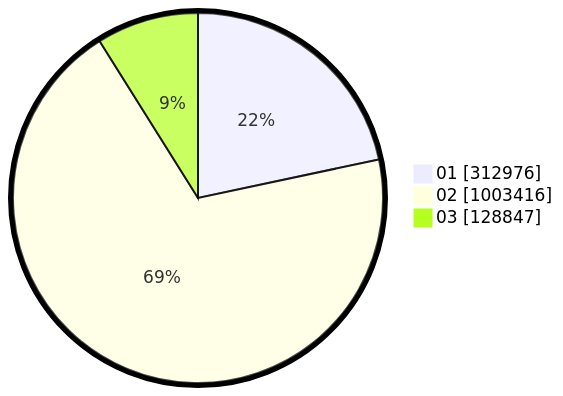
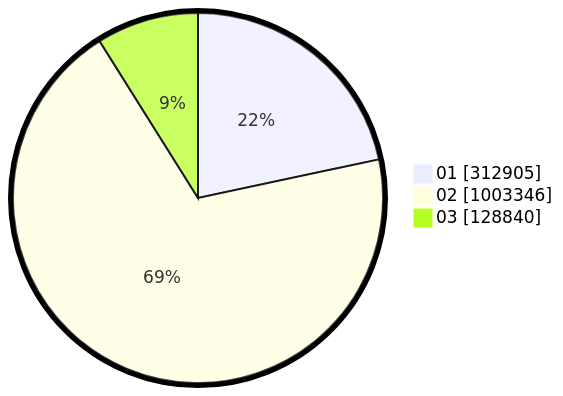
Before and after one commit to gigit-pemilu/pemilu-2024: the second of 2 diagrams in pilpres/hitung-suara/sub/table-wilayah-72.md, drawn with Mermaid. The commit also changed other lines of this file and 10 other files, not shown here.

````diff
--- a/pilpres/hitung-suara/sub/table-wilayah-72.md
+++ b/pilpres/hitung-suara/sub/table-wilayah-72.md
@@ -15,7 +15,7 @@
 ```mermaid
 %%{init: {"pie": {"textPosition": 0.5}, "themeVariables": {"pieOuterStrokeWidth": "5px"}} }%%
 pie showData
-    "01" : 312976
-    "02" : 1003416
-    "03" : 128847
+    "01" : 312905
+    "02" : 1003346
+    "03" : 128840
 ```
````
